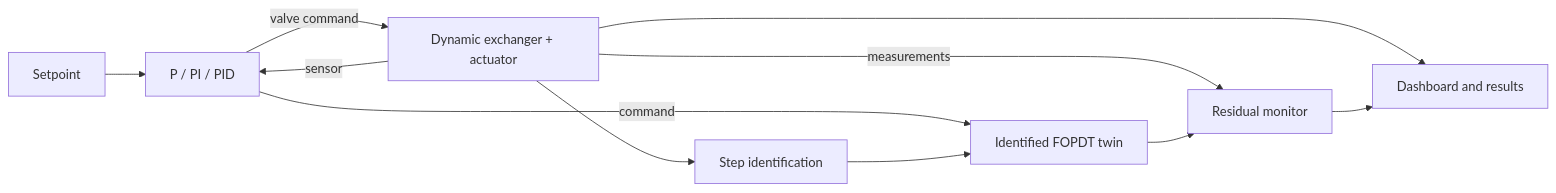
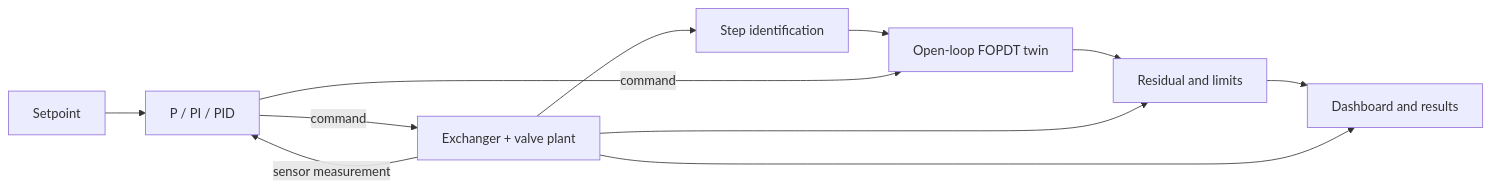
The diagram in README.md (shanmukhdatta/HEATWIN), drawn with Mermaid before and after one commit. The commit also changed other lines of this file and 45 other files, not shown here.

````diff
--- a/README.md
+++ b/README.md
@@ -5,13 +5,13 @@
 ```mermaid
 flowchart LR
   SP[Setpoint] --> PID[P / PI / PID]
-  PID -->|valve command| Plant[Dynamic exchanger + actuator]
-  Plant -->|sensor| PID
-  Plant -->|measurements| Alarm[Residual monitor]
-  PID -->|command| Twin[Identified FOPDT twin]
-  Twin --> Alarm
-  Plant --> UI[Dashboard and results]
-  Alarm --> UI
-  Plant --> ID[Step identification]
-  ID --> Twin
+  PID -->|command| P[Exchanger + valve plant]
+  P -->|sensor measurement| PID
+  P --> ID[Step identification]
+  ID --> T[Open-loop FOPDT twin]
+  PID -->|command| T
+  T --> R[Residual and limits]
+  P --> R
+  R --> UI[Dashboard and results]
+  P --> UI
 ```
````
